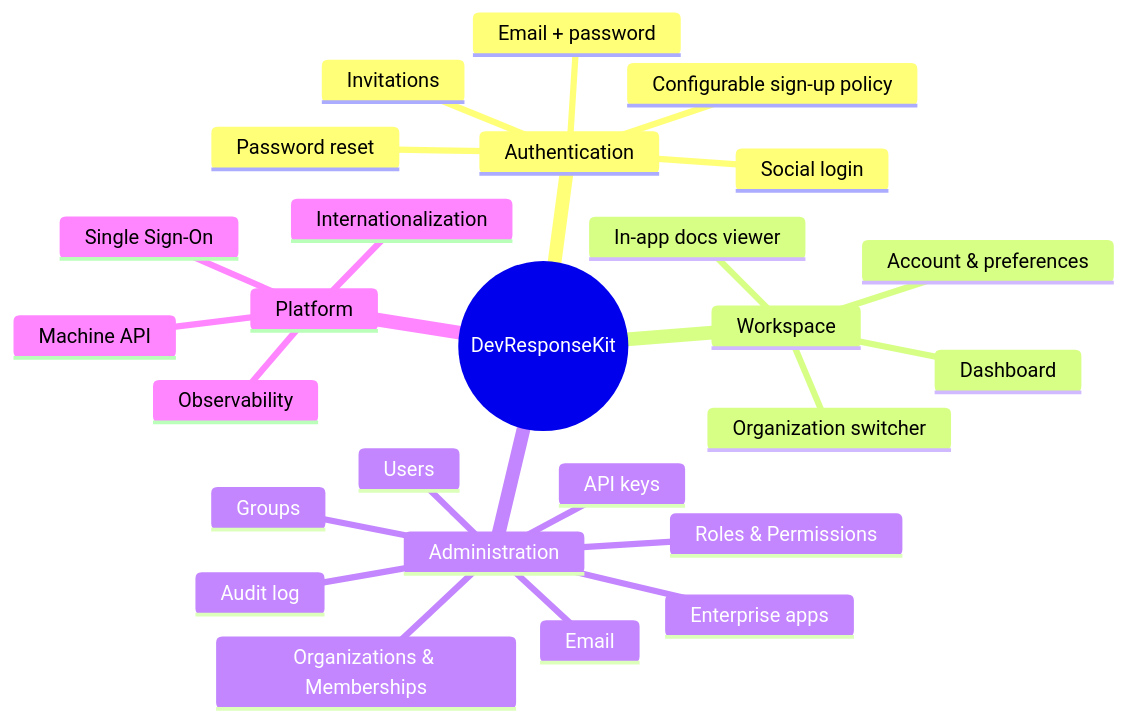
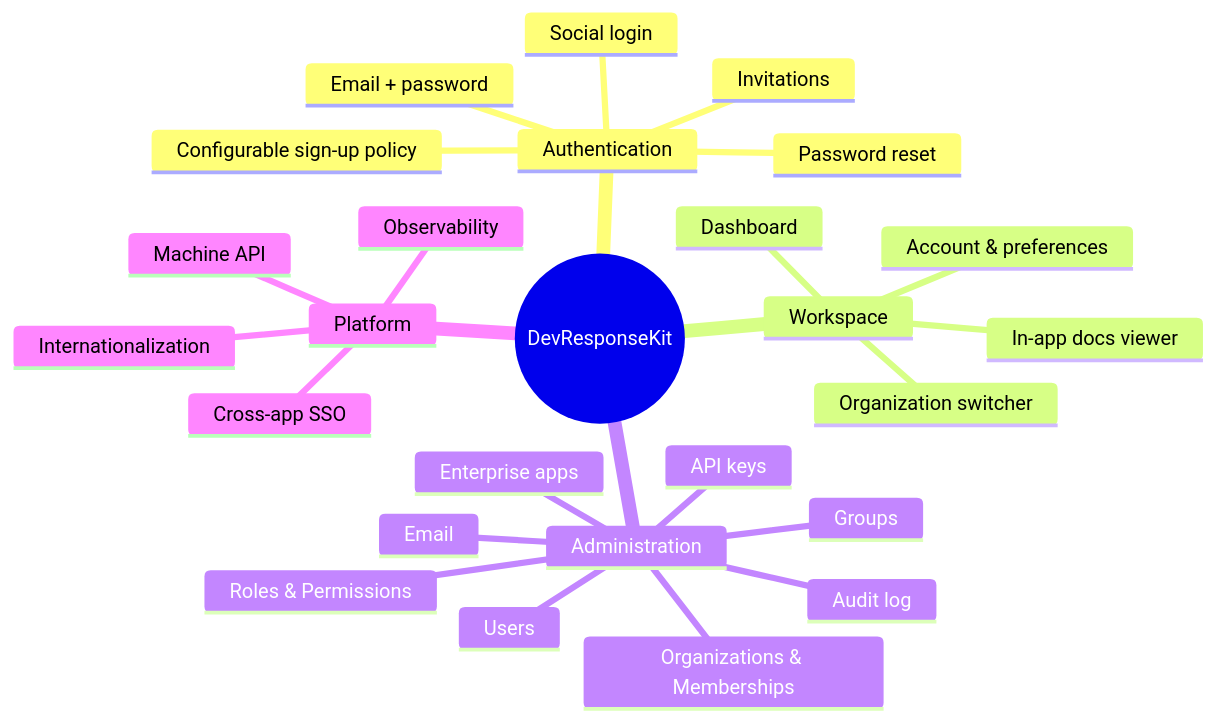
The first of 2 diagrams in docs/product-overview.md (devresponse/devresponsekit), drawn with Mermaid before and after one commit. The commit also changed other lines of this file and 60 other files, not shown here.

````diff
--- a/docs/product-overview.md
+++ b/docs/product-overview.md
@@ -53,29 +53,29 @@
 ```mermaid
 mindmap
   root((DevResponseKit))
     Authentication
       Email + password
       Social login
       Password reset
       Configurable sign-up policy
       Invitations
     Workspace
       Dashboard
       Account & preferences
       Organization switcher
       In-app docs viewer
     Administration
       Users
       Roles & Permissions
       Groups
       Organizations & Memberships
       Enterprise apps
       API keys
       Email
       Audit log
     Platform
-      Single Sign-On
+      Cross-app SSO
       Machine API
       Internationalization
       Observability
 ```
````
